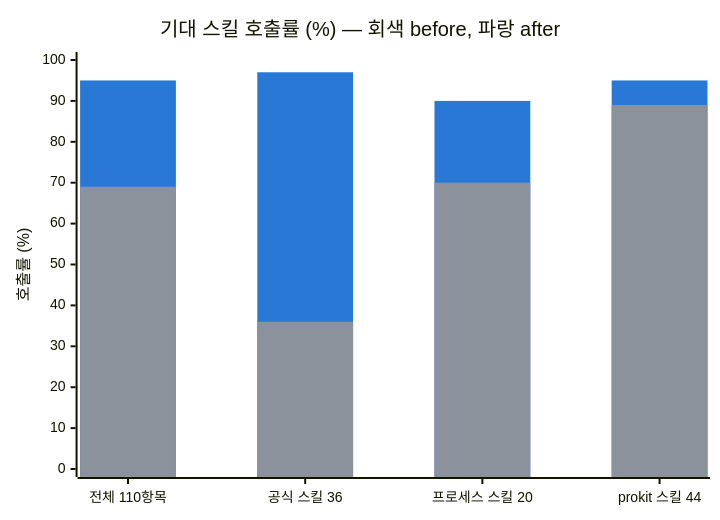
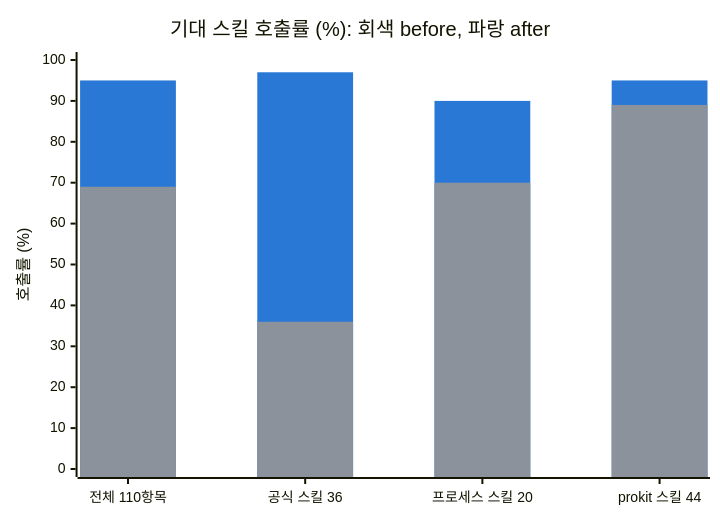
One commit to roadkwon-ai/pro-kit changed the first of 2 diagrams in handbook/skills/official-skills.md. Above: the diagram before and after it, drawn with Mermaid. The commit also changed other lines of this file and 42 other files, not shown here.

````diff
--- a/handbook/skills/official-skills.md
+++ b/handbook/skills/official-skills.md
@@ -76,9 +78,9 @@
 ```mermaid
 %%{init: {"themeVariables": {"xyChart": {"plotColorPalette": "#2a78d6, #8c929b"}}}}%%
 xychart-beta
-  title "기대 스킬 호출률 (%) — 회색 before, 파랑 after"
+  title "기대 스킬 호출률 (%): 회색 before, 파랑 after"
   x-axis ["전체 110항목", "공식 스킬 36", "프로세스 스킬 20", "prokit 스킬 44"]
   y-axis "호출률 (%)" 0 --> 100
   bar [95, 97, 90, 95]
   bar [69, 36, 70, 89]
 ```
````
